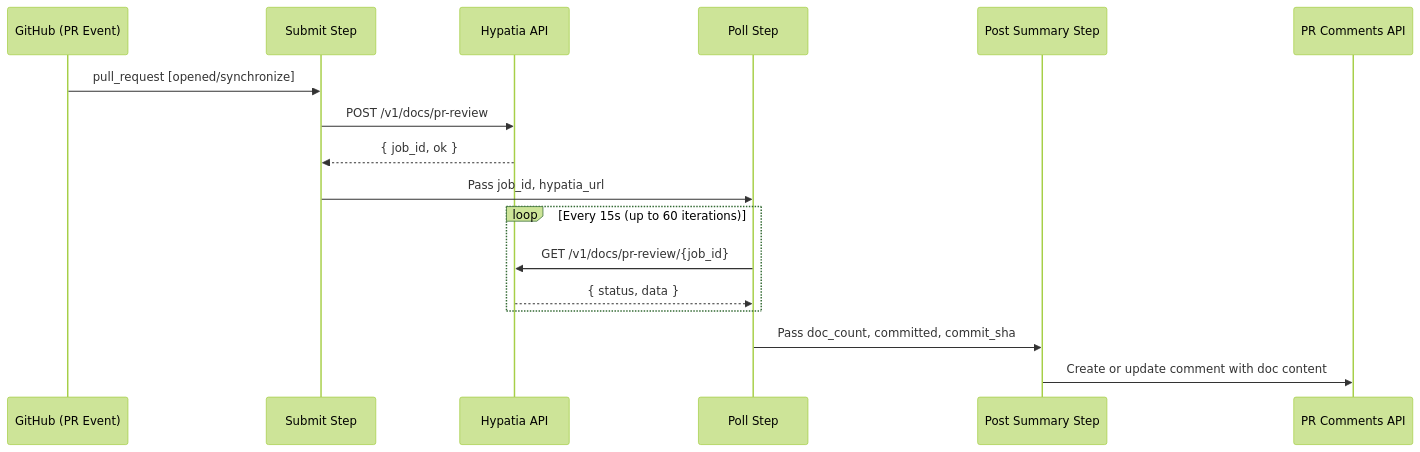
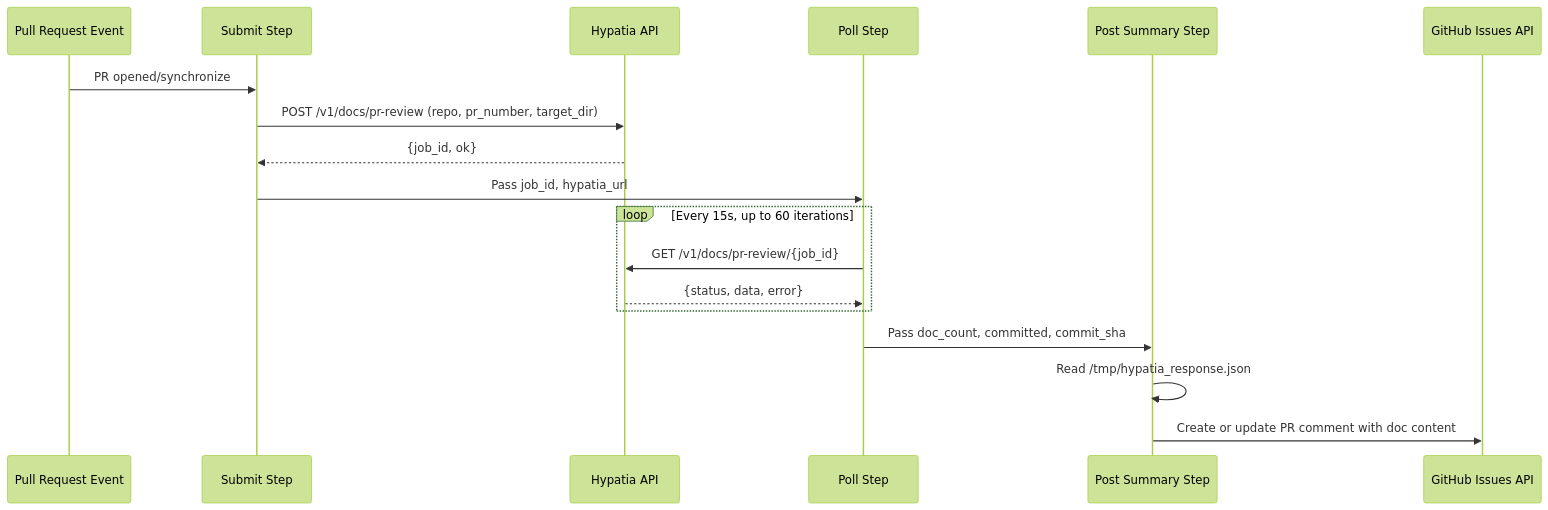
Before and after one commit to cornelisnetworks/opa-psm2-tests: the second of 4 diagrams in docs/.github-workflows.md, drawn with Mermaid (forest theme). The commit also changed other lines of this file and 1 other file, not shown here.

````diff
--- a/docs/.github-workflows.md
+++ b/docs/.github-workflows.md
@@ -41,20 +42,21 @@
 ```mermaid
 sequenceDiagram
-    participant GH as GitHub (PR Event)
+    participant PR as Pull Request Event
     participant Submit as Submit Step
     participant Hypatia as Hypatia API
     participant Poll as Poll Step
-    participant Summary as Post Summary Step
-    participant PR as PR Comments API
+    participant Post as Post Summary Step
+    participant GH as GitHub Issues API
 
-    GH->>Submit: pull_request [opened/synchronize]
-    Submit->>Hypatia: POST /v1/docs/pr-review
-    Hypatia-->>Submit: { job_id, ok }
+    PR->>Submit: PR opened/synchronize
+    Submit->>Hypatia: POST /v1/docs/pr-review (repo, pr_number, target_dir)
+    Hypatia-->>Submit: {job_id, ok}
     Submit->>Poll: Pass job_id, hypatia_url
-    loop Every 15s (up to 60 iterations)
+    loop Every 15s, up to 60 iterations
         Poll->>Hypatia: GET /v1/docs/pr-review/{job_id}
-        Hypatia-->>Poll: { status, data }
+        Hypatia-->>Poll: {status, data, error}
     end
-    Poll->>Summary: Pass doc_count, committed, commit_sha
-    Summary->>PR: Create or update comment with doc content
+    Poll->>Post: Pass doc_count, committed, commit_sha
+    Post->>Post: Read /tmp/hypatia_response.json
+    Post->>GH: Create or update PR comment with doc content
 ```
````
